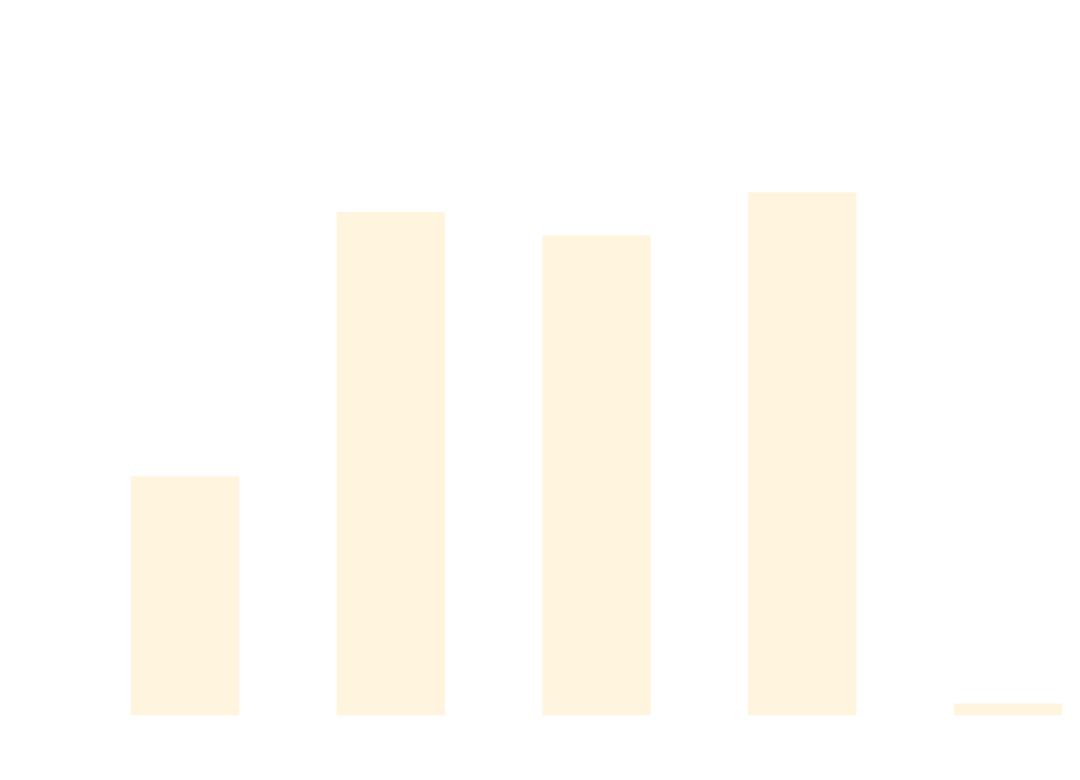
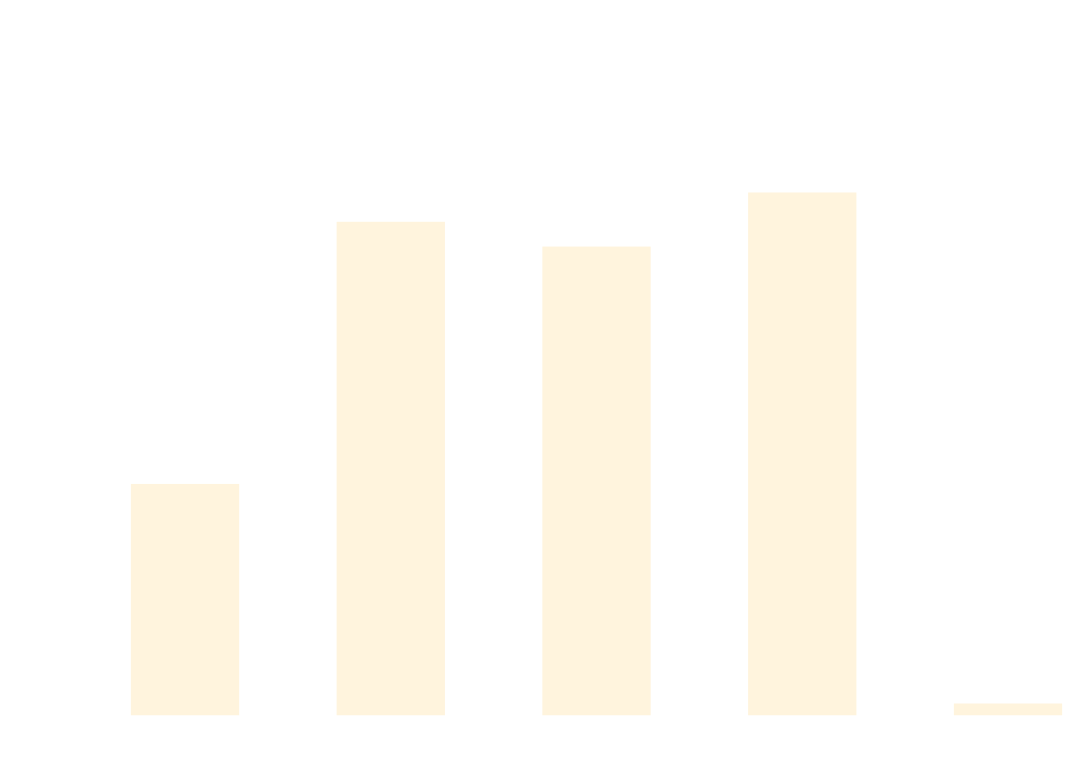
The diagram in docs/docs/benchmarks/SetupTeardownTests.md (thomhurst/TUnit), drawn with Mermaid before and after one commit. The commit also changed other lines of this file and 17 other files, not shown here.

````diff
--- a/docs/docs/benchmarks/SetupTeardownTests.md
+++ b/docs/docs/benchmarks/SetupTeardownTests.md
@@ -27,37 +27,37 @@
 ```mermaid
 %%{init: {
   'theme':'base',
   'themeVariables': {
     'primaryColor': '#2563eb',
     'primaryTextColor': '#ffffff',
     'primaryBorderColor': '#1e40af',
     'lineColor': '#6b7280',
     'secondaryColor': '#7c3aed',
     'tertiaryColor': '#dc2626',
     'background': '#ffffff',
     'mainBkg': '#2563eb',
     'secondBkg': '#7c3aed',
     'tertiaryBkg': '#dc2626',
     'clusterBkg': '#f3f4f6',
     'edgeLabelBackground': '#ffffff',
     'tertiaryTextColor': '#1f2937',
     'pie1': '#2563eb',
     'pie2': '#7c3aed',
     'pie3': '#dc2626',
     'pie4': '#f59e0b',
     'pie5': '#10b981',
     'pie6': '#06b6d4',
     'pie7': '#ec4899',
     'pie8': '#6366f1',
     'pie9': '#84cc16',
     'pie10': '#f97316',
     'pie11': '#14b8a6',
     'pie12': '#a855f7'
   }
 }}%%
 xychart-beta
   title "SetupTeardownTests Performance Comparison"
   x-axis ["TUnit", "NUnit", "MSTest", "xUnit3", "TUnit_AOT"]
-  y-axis "Time (ms)" 0 --> 1512
-  bar [559.9, 1211.2, 1153.3, 1259.7, 0]
+  y-axis "Time (ms)" 0 --> 1520
+  bar [544, 1193.5, 1132.1, 1266.1, 0]
 ```
````
